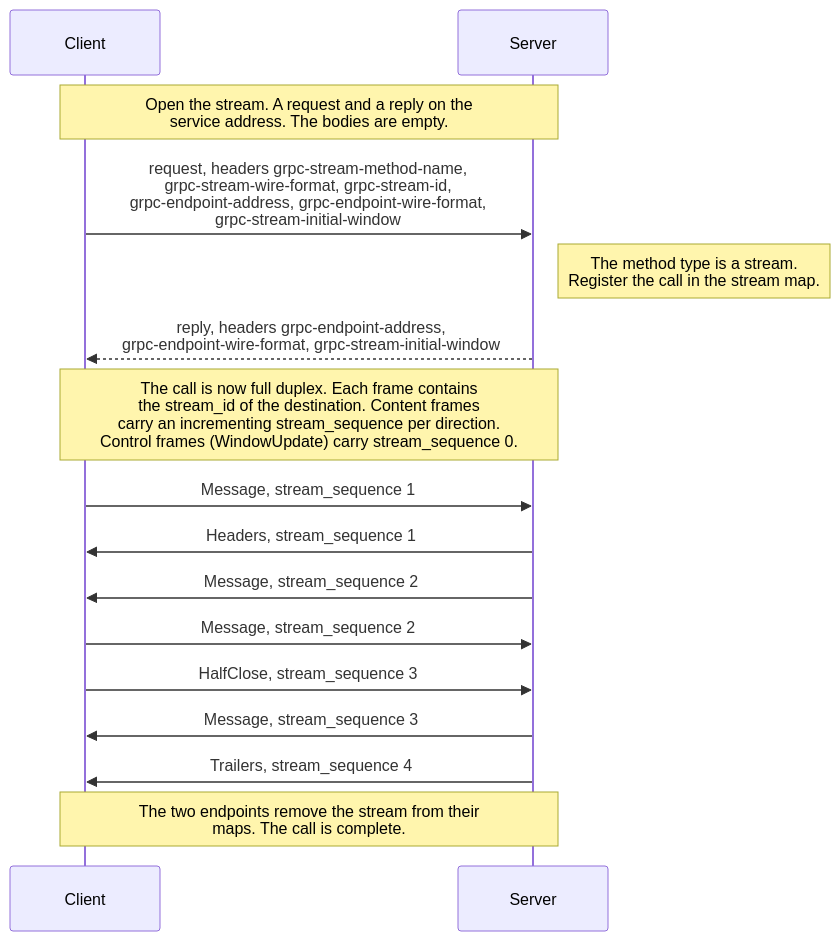
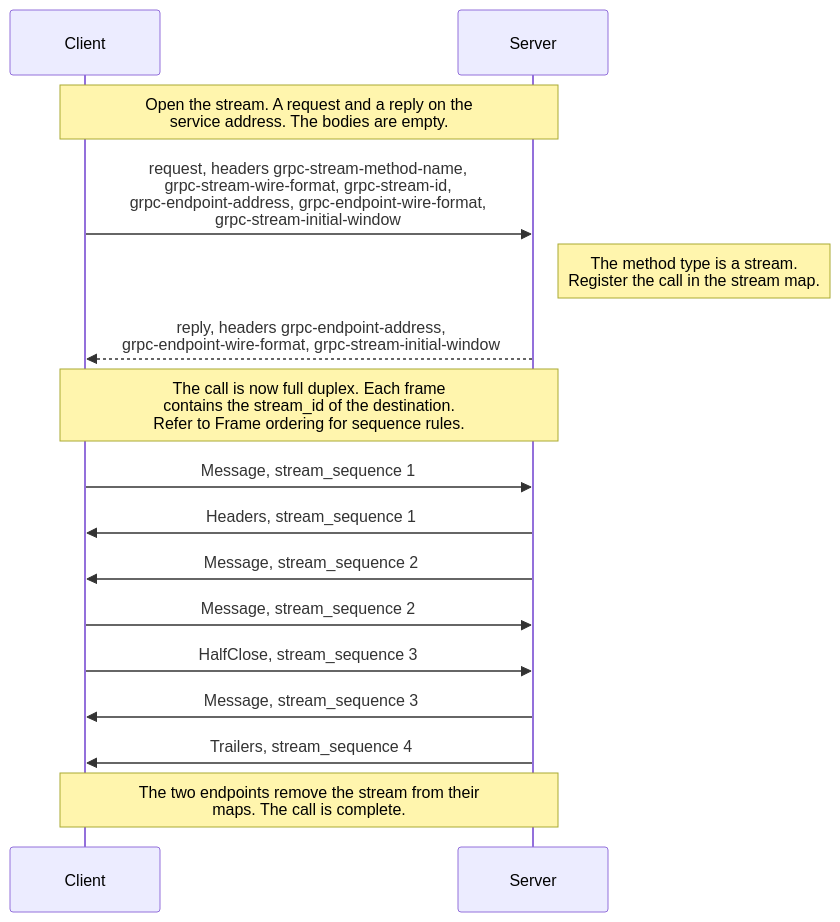
Before and after one commit to eclipse-vertx/vertx-grpc: the diagram in vertx-grpc-eventbus/README.md, drawn with Mermaid. The commit also changed other lines of this file, not shown here.

````diff
--- a/vertx-grpc-eventbus/README.md
+++ b/vertx-grpc-eventbus/README.md
@@ -152,20 +157,20 @@
 ```mermaid
 sequenceDiagram
     participant C as Client
     participant S as Server
 
     Note over C,S: Open the stream. A request and a reply on the<br/>service address. The bodies are empty.
     C->>S: request, headers grpc-stream-method-name,<br/>grpc-stream-wire-format, grpc-stream-id,<br/>grpc-endpoint-address, grpc-endpoint-wire-format,<br/>grpc-stream-initial-window
     Note right of S: The method type is a stream.<br/>Register the call in the stream map.
     S-->>C: reply, headers grpc-endpoint-address,<br/>grpc-endpoint-wire-format, grpc-stream-initial-window
 
-    Note over C,S: The call is now full duplex. Each frame contains<br/>the stream_id of the destination. Content frames<br/>carry an incrementing stream_sequence per direction.<br/>Control frames (WindowUpdate) carry stream_sequence 0.
+    Note over C,S: The call is now full duplex. Each frame<br/>contains the stream_id of the destination.<br/>Refer to Frame ordering for sequence rules.
     C->>S: Message, stream_sequence 1
     S->>C: Headers, stream_sequence 1
     S->>C: Message, stream_sequence 2
     C->>S: Message, stream_sequence 2
     C->>S: HalfClose, stream_sequence 3
     S->>C: Message, stream_sequence 3
     S->>C: Trailers, stream_sequence 4
     Note over C,S: The two endpoints remove the stream from their<br/>maps. The call is complete.
 ```
````
